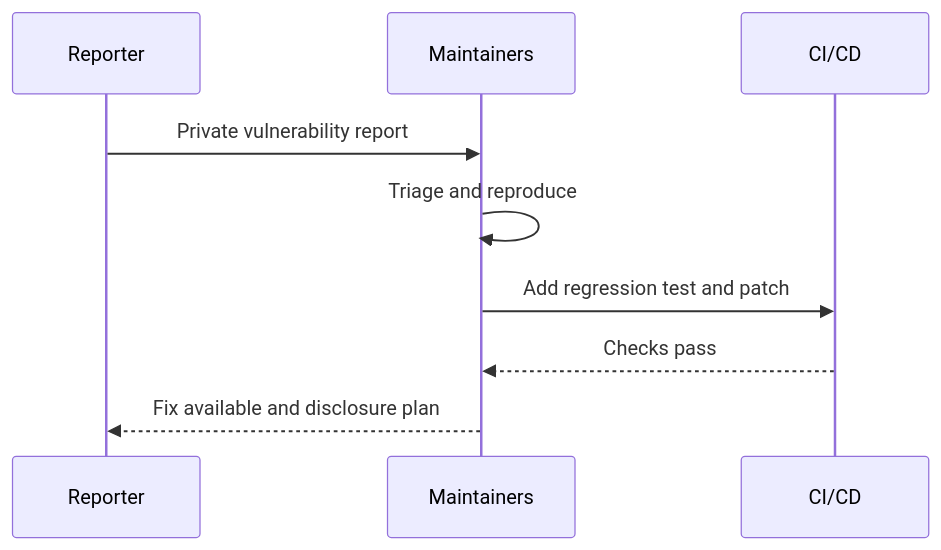
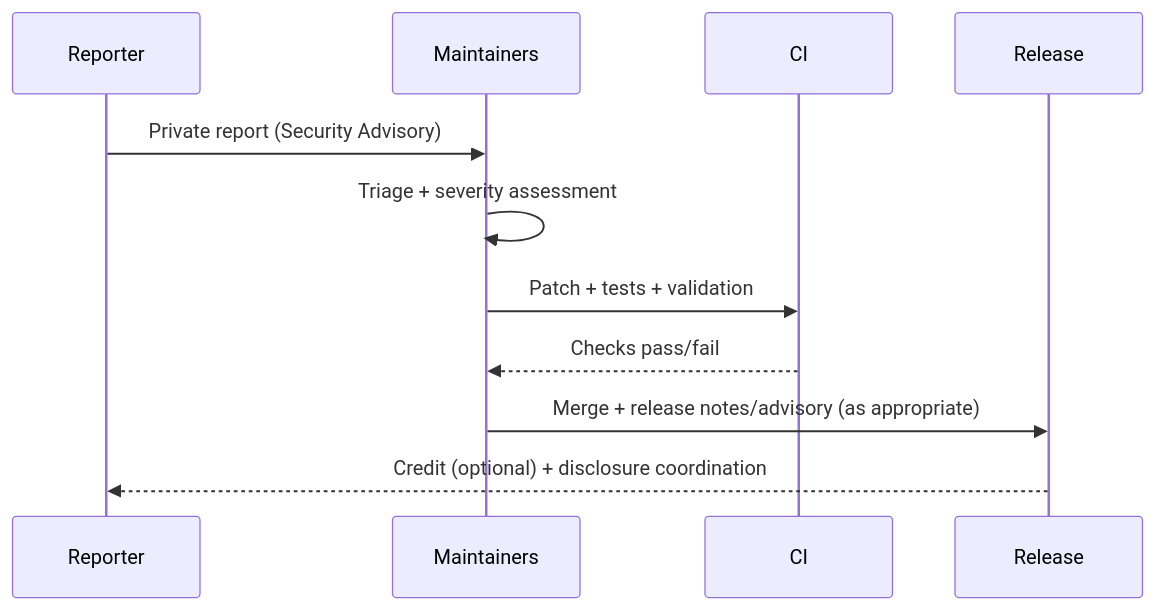
The second of 2 diagrams in .github/SECURITY.md (bartytime4life/Kansas-Frontier-Matrix), drawn with Mermaid before and after one commit. The commit also changed other lines of this file, not shown here.

First line of the commit message:
Revise SECURITY.md for clarity and governance updates

```diff
--- a/.github/SECURITY.md
+++ b/.github/SECURITY.md
@@ -209,11 +241,14 @@
 ~~~mermaid
 sequenceDiagram
   participant Reporter
   participant Maintainers
-  participant CI as CI/CD
-  Reporter->>Maintainers: Private vulnerability report
-  Maintainers->>Maintainers: Triage and reproduce
-  Maintainers->>CI: Add regression test and patch
-  CI-->>Maintainers: Checks pass
-  Maintainers-->>Reporter: Fix available and disclosure plan
+  participant CI
+  participant Release
+
+  Reporter->>Maintainers: Private report (Security Advisory)
+  Maintainers->>Maintainers: Triage + severity assessment
+  Maintainers->>CI: Patch + tests + validation
+  CI-->>Maintainers: Checks pass/fail
+  Maintainers->>Release: Merge + release notes/advisory (as appropriate)
+  Release-->>Reporter: Credit (optional) + disclosure coordination
 ~~~
```
